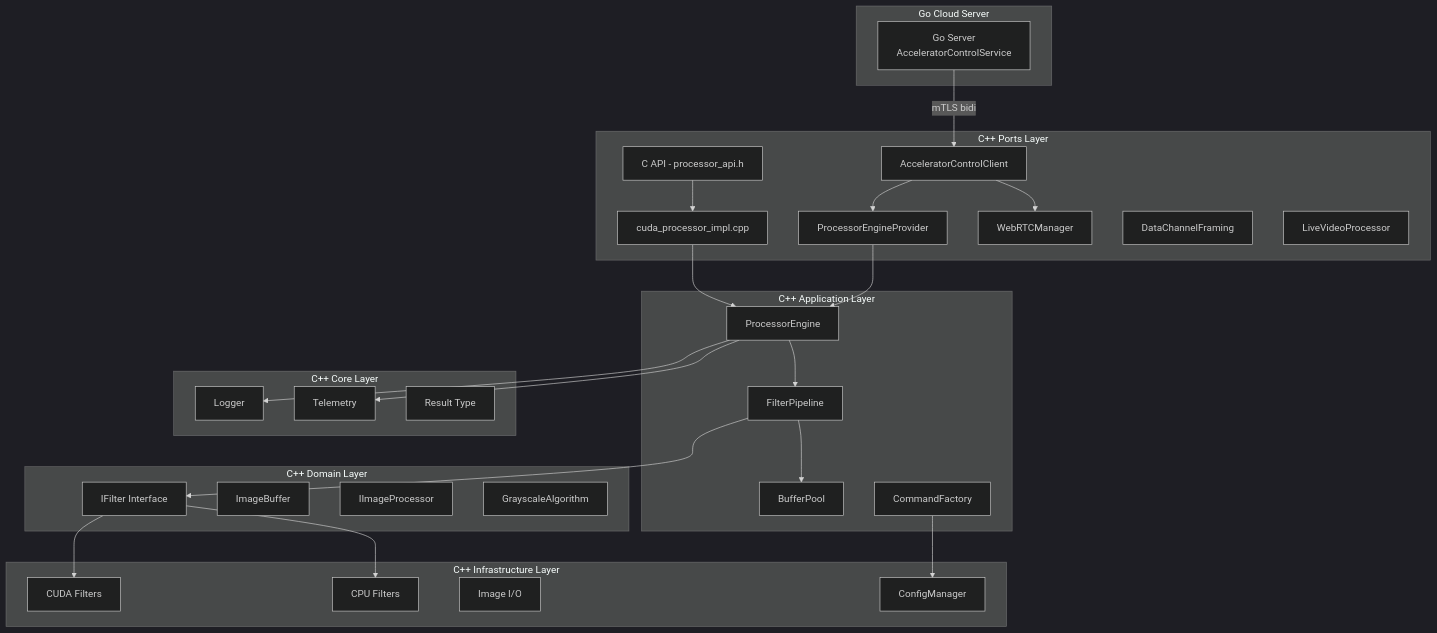
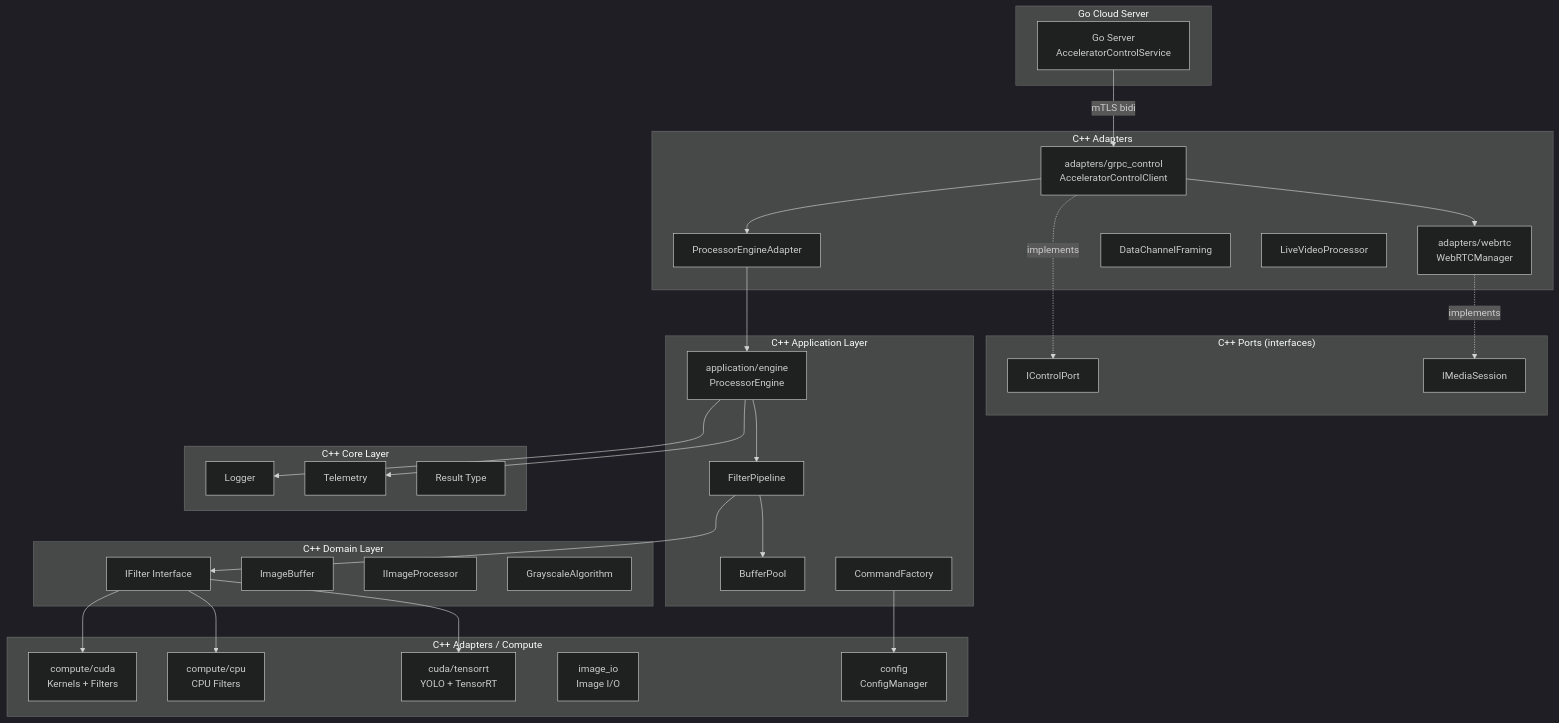
Before and after one commit to josnelihurt/learning-cuda: the second of 6 diagrams in src/cpp_accelerator/README.md, drawn with Mermaid (dark theme). The commit also changed other lines of this file and 199 other files, not shown here.

````diff
--- a/src/cpp_accelerator/README.md
+++ b/src/cpp_accelerator/README.md
@@ -95,59 +89,64 @@
 ```mermaid
 graph TB
     subgraph "Go Cloud Server"
         GoServer[Go Server<br/>AcceleratorControlService]
     end
-    
-    subgraph "C++ Ports Layer"
-        CAPI[C API - processor_api.h]
-        SharedLib[cuda_processor_impl.cpp]
-        AccelClient[AcceleratorControlClient]
-        Provider[ProcessorEngineProvider]
-        WebRTCPort[WebRTCManager]
+
+    subgraph "C++ Ports (interfaces)"
+        IControlPort[IControlPort]
+        IMediaSession[IMediaSession]
+    end
+
+    subgraph "C++ Adapters"
+        AccelClient[adapters/grpc_control<br/>AcceleratorControlClient]
+        Provider[ProcessorEngineAdapter]
+        WebRTCPort[adapters/webrtc<br/>WebRTCManager]
         DataChannelFraming[DataChannelFraming]
         LiveVideoProcessor[LiveVideoProcessor]
     end
-    
+
     subgraph "C++ Application Layer"
-        ProcessorEngine[ProcessorEngine]
+        ProcessorEngine[application/engine<br/>ProcessorEngine]
         FilterPipeline[FilterPipeline]
         BufferPool[BufferPool]
         CommandFactory[CommandFactory]
     end
-    
+
     subgraph "C++ Domain Layer"
         IFilter[IFilter Interface]
         ImageBuffer[ImageBuffer]
         IImageProcessor[IImageProcessor]
         GrayscaleAlgorithm[GrayscaleAlgorithm]
     end
-    
-    subgraph "C++ Infrastructure Layer"
-        CudaFilters[CUDA Filters]
-        CpuFilters[CPU Filters]
-        ImageIO[Image I/O]
-        ConfigManager[ConfigManager]
+
+    subgraph "C++ Adapters / Compute"
+        CudaFilters[compute/cuda<br/>Kernels + Filters]
+        CpuFilters[compute/cpu<br/>CPU Filters]
+        TRTInference[cuda/tensorrt<br/>YOLO + TensorRT]
+        ImageIO[image_io<br/>Image I/O]
+        ConfigManager[config<br/>ConfigManager]
     end
-    
+
     subgraph "C++ Core Layer"
         Logger[Logger]
         Telemetry[Telemetry]
         Result[Result Type]
     end
-    
+
     GoServer -->|mTLS bidi| AccelClient
+    AccelClient -.->|implements| IControlPort
+    WebRTCPort -.->|implements| IMediaSession
     AccelClient --> Provider
     Provider --> ProcessorEngine
     AccelClient --> WebRTCPort
-    
-    CAPI --> SharedLib
-    SharedLib --> ProcessorEngine
+
     ProcessorEngine --> FilterPipeline
     FilterPipeline --> BufferPool
     FilterPipeline --> IFilter
     IFilter --> CudaFilters
     IFilter --> CpuFilters
+    IFilter --> TRTInference
     CommandFactory --> ConfigManager
     ProcessorEngine --> Logger
     ProcessorEngine --> Telemetry
 ```
````
